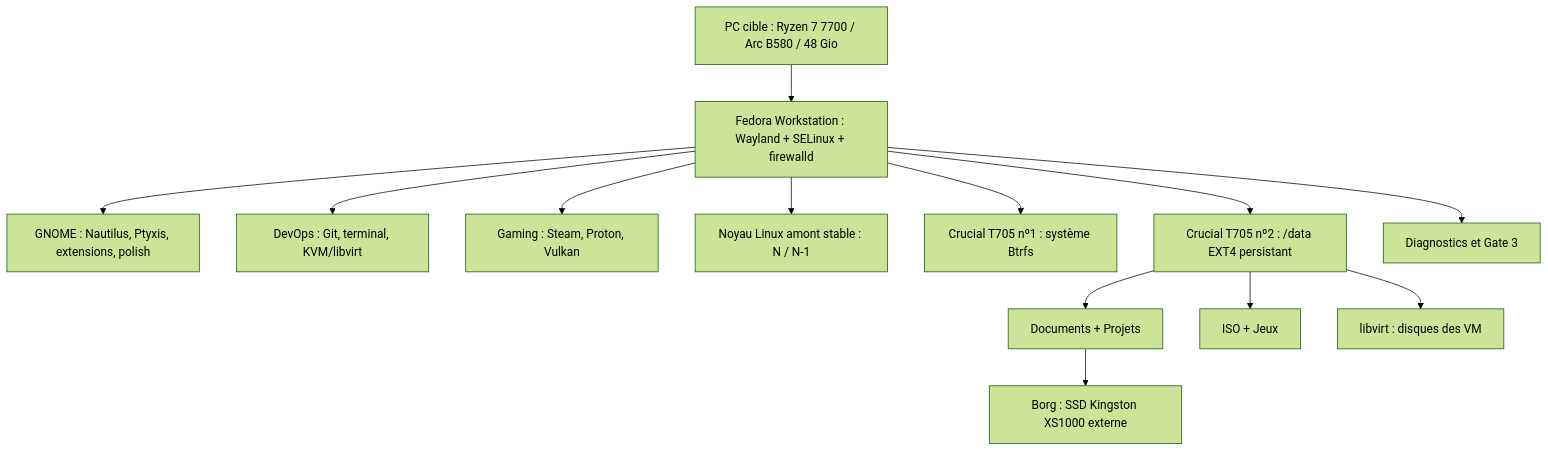
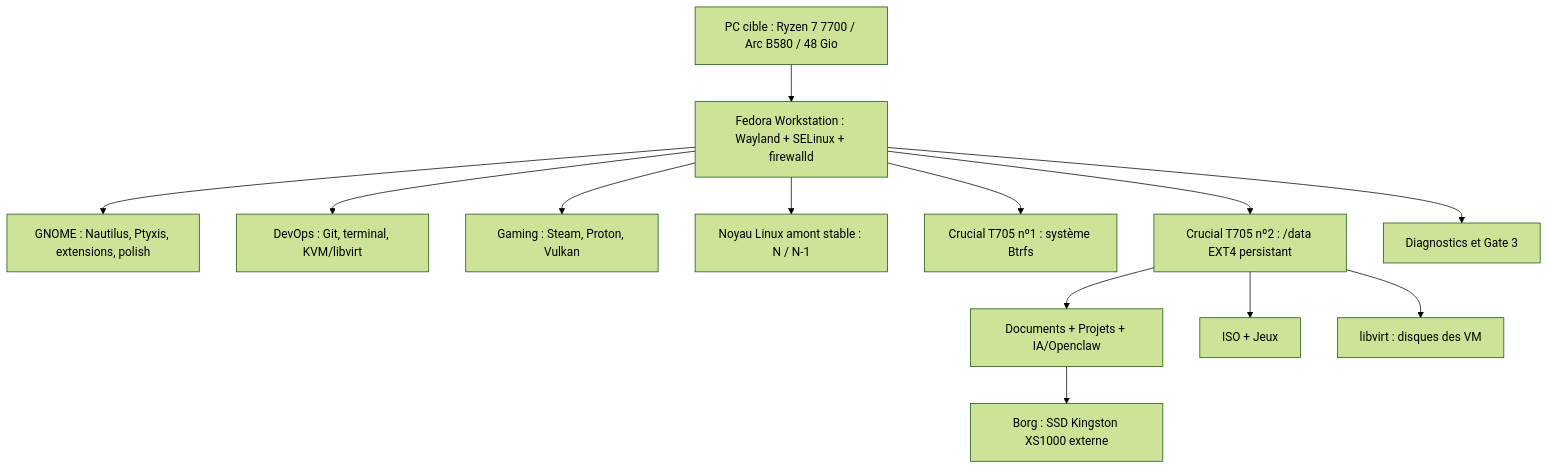
The second of 3 diagrams in docs/ARCHITECTURE_PEDAGOGIQUE.md (mathiasseguincadiche/FEDORA_GNOME_CUSTOM), drawn with Mermaid (forest theme) before and after one commit. The commit also changed other lines of this file and 146 other files, not shown here.

````diff
--- a/docs/ARCHITECTURE_PEDAGOGIQUE.md
+++ b/docs/ARCHITECTURE_PEDAGOGIQUE.md
@@ -77,16 +76,16 @@
 ```mermaid
 flowchart TB
   PC["PC cible : Ryzen 7 7700 / Arc B580 / 48 Gio"]
   PC --> HOST["Fedora Workstation : Wayland + SELinux + firewalld"]
   HOST --> GUI["GNOME : Nautilus, Ptyxis, extensions, polish"]
   HOST --> DEV["DevOps : Git, terminal, KVM/libvirt"]
   HOST --> GAME["Gaming : Steam, Proton, Vulkan"]
   HOST --> CORE["Noyau Linux amont stable : N / N-1"]
   HOST --> ROOT["Crucial T705 nº1 : système Btrfs"]
   HOST --> DATA["Crucial T705 nº2 : /data EXT4 persistant"]
-  DATA --> FILES["Documents + Projets"]
+  DATA --> FILES["Documents + Projets + IA/Openclaw"]
   DATA --> MEDIA["ISO + Jeux"]
   DATA --> VMS["libvirt : disques des VM"]
   FILES --> BORG["Borg : SSD Kingston XS1000 externe"]
   HOST --> DOCTORS["Diagnostics et Gate 3"]
 ```
````
